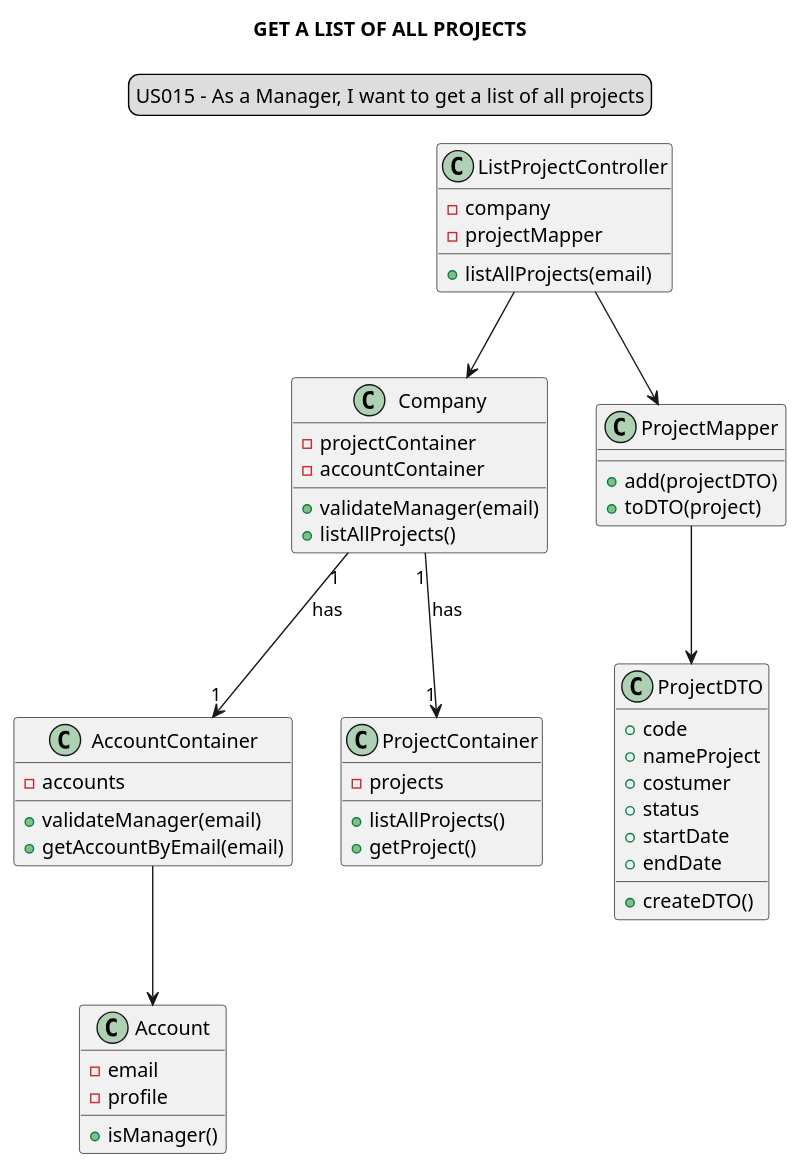
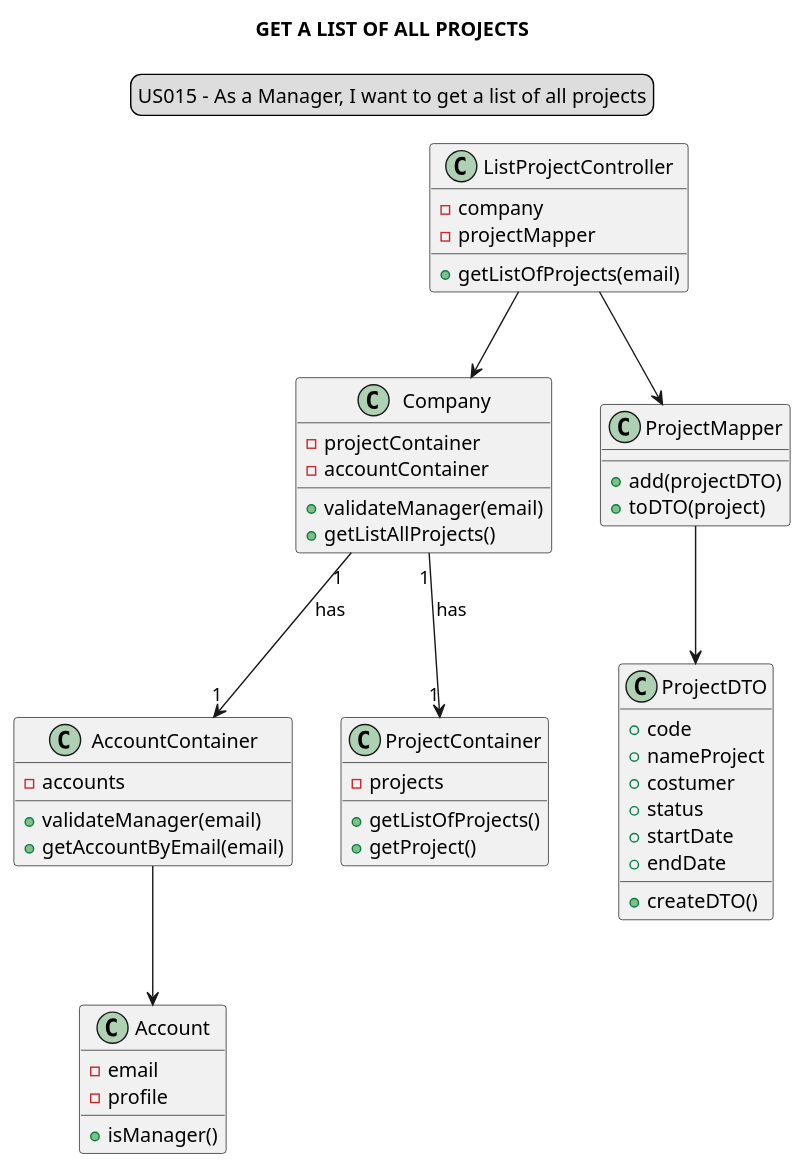
One commit to Loracline/project_switch_22-23 changed the diagram in docs/modelling_design/user_stories/sprint02/us015/US015_classDiagram.puml. Above: the diagram before and after it, drawn with PlantUML. The commit also changed 1 other file, not shown here.

Commit message:
US015: Design: Update class and sequence diagrams

```diff
--- a/docs/modelling_design/user_stories/sprint02/us015/US015_classDiagram.puml
+++ b/docs/modelling_design/user_stories/sprint02/us015/US015_classDiagram.puml
@@ -1,62 +1,61 @@
 @startuml
 
 skinparam sequenceMessageAlign center
 title GET A LIST OF ALL PROJECTS
 legend top
 US015 - As a Manager, I want to get a list of all projects
 end legend
 
 class "ListProjectController" {
 -company
 -projectMapper
-+listAllProjects(email)
++getListOfProjects(email)
 }
 
 class "Company"{
 -projectContainer
 -accountContainer
-+ validateManager(email)
-+listAllProjects()
++validateManager(email)
++getListAllProjects()
 }
 
 class "AccountContainer"{
 -accounts
 +validateManager(email)
 +getAccountByEmail(email)
 }
 
 class "Account"{
 -email
 -profile
 +isManager()
 }
 
 class "ProjectContainer"{
 -projects
-+listAllProjects()
++getListOfProjects()
 +getProject()
 }
 
 class "ProjectMapper"{
 +add(projectDTO)
 +toDTO(project)
 }
 
 class "ProjectDTO" {
 +code
 +nameProject
 +costumer
 +status
 +startDate
 +endDate
 +createDTO()
 }
 
 "ListProjectController" --> "Company"
 "ListProjectController" --> "ProjectMapper"
 "Company" "1"-->"1" "ProjectContainer": has
 "Company" "1"-->"1" "AccountContainer": has
 "AccountContainer" --> "Account"
 "ProjectMapper" --> "ProjectDTO"
-
 @enduml
```
